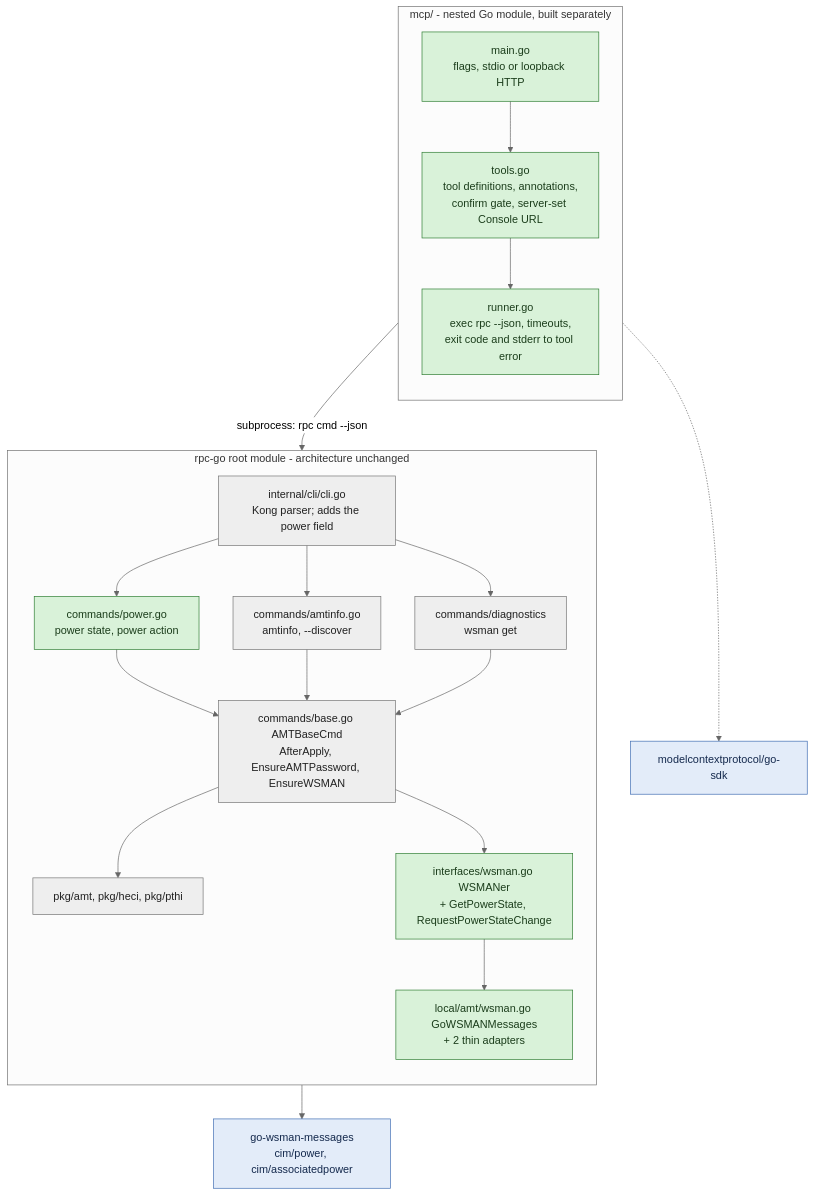
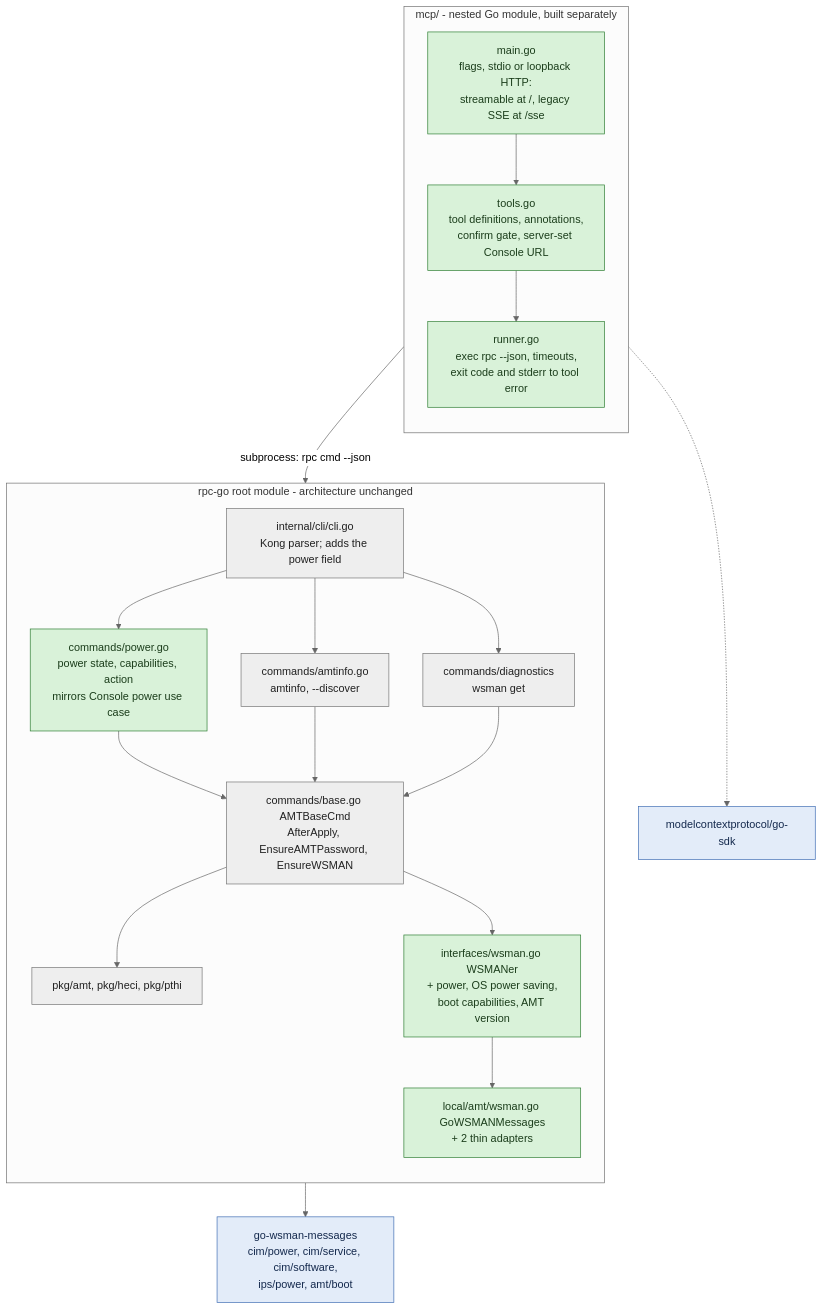
One commit to device-management-toolkit/rpc-go changed the second of 8 diagrams in mcp/docs/ARCHITECTURE.md. Above: the diagram before and after it, drawn with Mermaid (neutral theme). The commit also changed other lines of this file and 16 other files, not shown here.

````diff
--- a/mcp/docs/ARCHITECTURE.md
+++ b/mcp/docs/ARCHITECTURE.md
@@ -151,43 +200,43 @@
 ```mermaid
 flowchart TB
     classDef new fill:#d9f2d9,stroke:#2e7d32,color:#1b3d1b
     classDef existing fill:#eeeeee,stroke:#757575,color:#212121
     classDef external fill:#e3ecf9,stroke:#3f6db3,color:#14294d
 
     subgraph mcpmod["mcp/ - nested Go module, built separately"]
         direction TB
-        main["main.go<br/>flags, stdio or loopback HTTP"]:::new
+        main["main.go<br/>flags, stdio or loopback HTTP:<br/>streamable at /, legacy SSE at /sse"]:::new
         tools["tools.go<br/>tool definitions, annotations,<br/>confirm gate, server-set Console URL"]:::new
         runner["runner.go<br/>exec rpc --json, timeouts,<br/>exit code and stderr to tool error"]:::new
         main --> tools --> runner
     end
 
     sdk["modelcontextprotocol/go-sdk"]:::external
     main -.-> sdk
 
     subgraph rpcgo["rpc-go root module - architecture unchanged"]
         direction TB
         cli["internal/cli/cli.go<br/>Kong parser; adds the power field"]:::existing
         amtinfo["commands/amtinfo.go<br/>amtinfo, --discover"]:::existing
         diag["commands/diagnostics<br/>wsman get"]:::existing
-        power["commands/power.go<br/>power state, power action"]:::new
+        power["commands/power.go<br/>power state, capabilities, action<br/>mirrors Console power use case"]:::new
         base["commands/base.go AMTBaseCmd<br/>AfterApply, EnsureAMTPassword, EnsureWSMAN"]:::existing
-        iface["interfaces/wsman.go WSMANer<br/>+ GetPowerState, RequestPowerStateChange"]:::new
+        iface["interfaces/wsman.go WSMANer<br/>+ power, OS power saving,<br/>boot capabilities, AMT version"]:::new
         adapter["local/amt/wsman.go GoWSMANMessages<br/>+ 2 thin adapters"]:::new
         pkgamt["pkg/amt, pkg/heci, pkg/pthi"]:::existing
 
         cli --> amtinfo
         cli --> diag
         cli --> power
         power --> base
         amtinfo --> base
         diag --> base
         base --> pkgamt
         base --> iface
         iface --> adapter
     end
 
-    gowsman["go-wsman-messages<br/>cim/power, cim/associatedpower"]:::external
+    gowsman["go-wsman-messages<br/>cim/power, cim/service, cim/software,<br/>ips/power, amt/boot"]:::external
     runner -->|"subprocess: rpc cmd --json"| cli
     adapter --> gowsman
 ```
````
